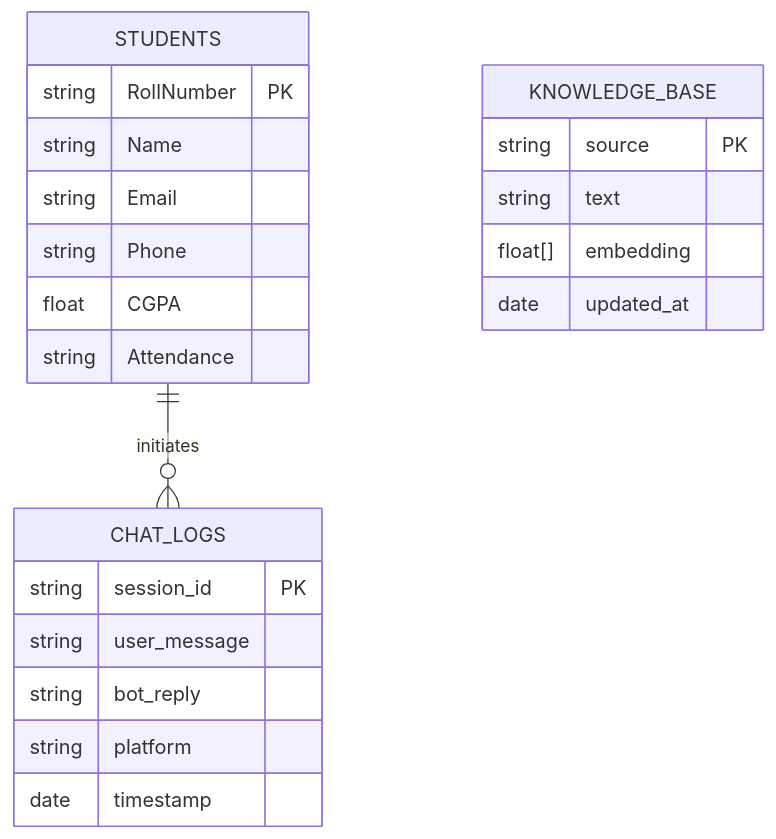
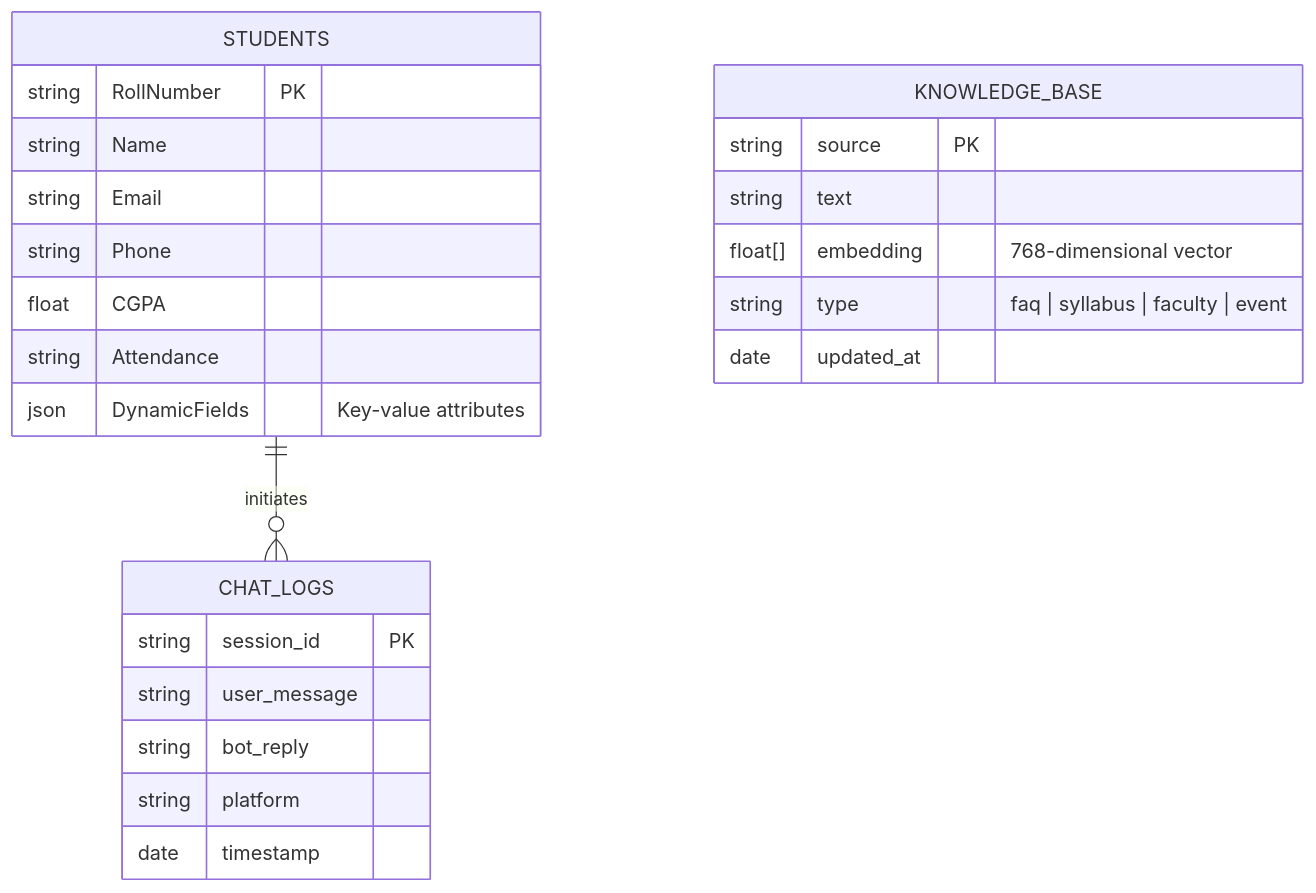
One commit to sandeep-kumar-270904/ANITS-Campus-AI-Assistant changed the third of 3 diagrams in README.md. Above: the diagram before and after it, drawn with Mermaid. The commit also changed other lines of this file, not shown here.

Commit message:
docs: Retain high-value architecture, deployment commands, ML pipeline, and security in clean GitHub README standard

````diff
--- a/README.md
+++ b/README.md
@@ -58,25 +119,27 @@
 ```mermaid
 erDiagram
     STUDENTS ||--o{ CHAT_LOGS : initiates
     STUDENTS {
         string RollNumber PK
         string Name
         string Email
         string Phone
         float CGPA
         string Attendance
+        json DynamicFields "Key-value attributes"
     }
     CHAT_LOGS {
         string session_id PK
         string user_message
         string bot_reply
         string platform
         date timestamp
     }
     KNOWLEDGE_BASE {
         string source PK
         string text
-        float[] embedding
+        float[] embedding "768-dimensional vector"
+        string type "faq | syllabus | faculty | event"
         date updated_at
     }
 ```
````
